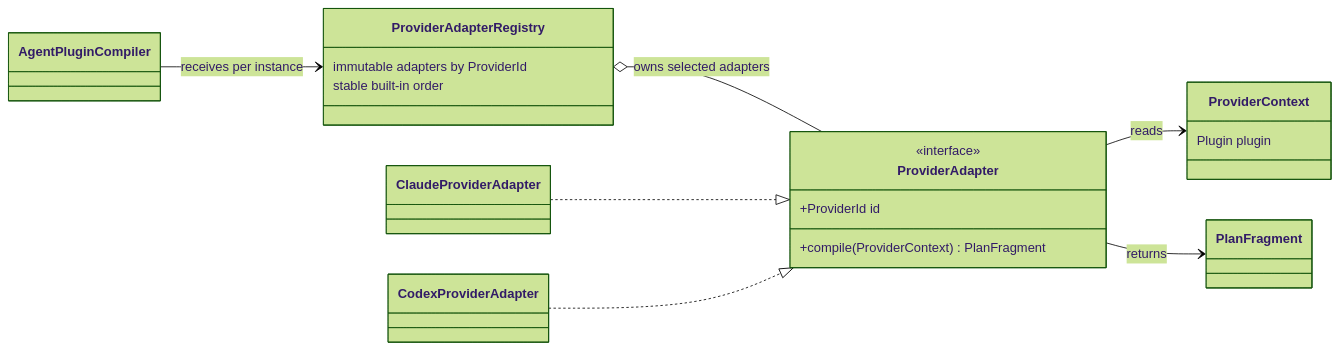
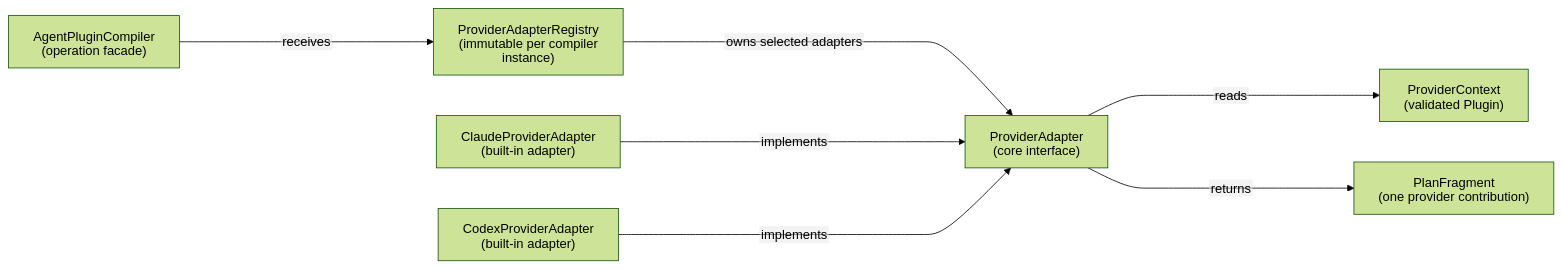
One commit to fam-tung-lam/ptlam-agent-plugin-compiler changed the fourth of 7 diagrams in docs/ARCHITECTURE.md. Above: the diagram before and after it, drawn with Mermaid (forest theme). The commit also changed other lines of this file and 2 other files, not shown here.

Commit message:
docs: standardize Mermaid diagrams

````diff
--- a/docs/ARCHITECTURE.md
+++ b/docs/ARCHITECTURE.md
@@ -196,28 +223,42 @@
 ```mermaid
-classDiagram
-  direction LR
+---
+config:
+  htmlLabels: false
+---
+flowchart LR
+    AgentPluginCompiler["`
+        AgentPluginCompiler
+        (operation facade)
+    `"]
+    ProviderAdapterRegistry["`
+        ProviderAdapterRegistry
+        (immutable per compiler instance)
+    `"]
+    ProviderAdapter["`
+        ProviderAdapter
+        (core interface)
+    `"]
+    ClaudeProviderAdapter["`
+        ClaudeProviderAdapter
+        (built-in adapter)
+    `"]
+    CodexProviderAdapter["`
+        CodexProviderAdapter
+        (built-in adapter)
+    `"]
+    ProviderContext["`
+        ProviderContext
+        (validated Plugin)
+    `"]
+    PlanFragment["`
+        PlanFragment
+        (one provider contribution)
+    `"]
 
-  class AgentPluginCompiler
-  class ProviderAdapterRegistry {
-    immutable adapters by ProviderId
-    stable built-in order
-  }
-  class ProviderAdapter {
-    <<interface>>
-    +ProviderId id
-    +compile(ProviderContext) PlanFragment
-  }
-  class ClaudeProviderAdapter
-  class CodexProviderAdapter
-  class ProviderContext {
-    Plugin plugin
-  }
-  class PlanFragment
-
-  AgentPluginCompiler --> ProviderAdapterRegistry : receives per instance
-  ProviderAdapterRegistry o-- ProviderAdapter : owns selected adapters
-  ClaudeProviderAdapter ..|> ProviderAdapter
-  CodexProviderAdapter ..|> ProviderAdapter
-  ProviderAdapter --> ProviderContext : reads
-  ProviderAdapter --> PlanFragment : returns
+    AgentPluginCompiler ------>|"`receives`"| ProviderAdapterRegistry
+    ProviderAdapterRegistry ------>|"`owns selected adapters`"| ProviderAdapter
+    ClaudeProviderAdapter ------>|"`implements`"| ProviderAdapter
+    CodexProviderAdapter ------>|"`implements`"| ProviderAdapter
+    ProviderAdapter ------>|"`reads`"| ProviderContext
+    ProviderAdapter ------>|"`returns`"| PlanFragment
 ```
````
